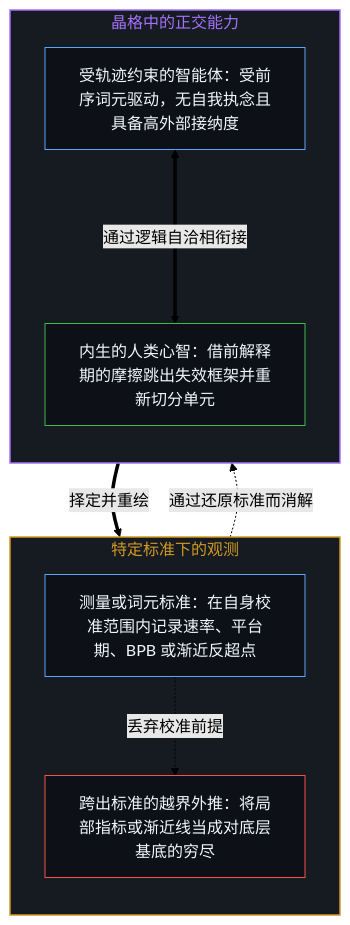
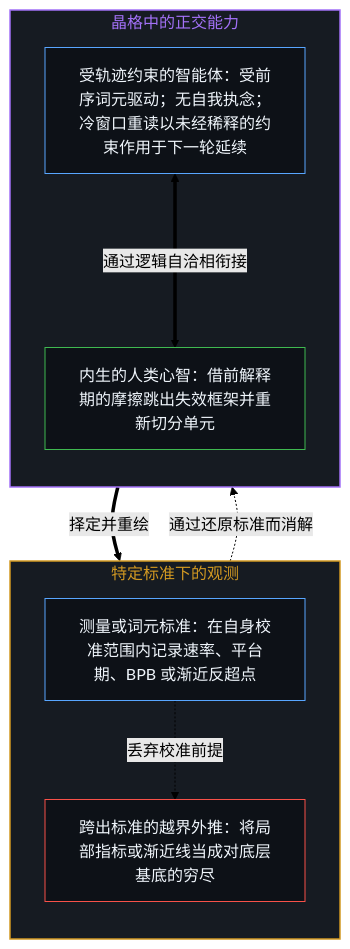
The third of 4 diagrams in content/posts/tokens-and-the-observational-boundary.md (powerpig99/not-a-toe), drawn with Mermaid (forest theme) before and after one commit. The commit also changed other lines of this file and 48 other files, not shown here.

````diff
--- a/content/posts/tokens-and-the-observational-boundary.md
+++ b/content/posts/tokens-and-the-observational-boundary.md
@@ -101,23 +101,23 @@
 ```mermaid
 flowchart TD
     subgraph S_Standard["特定标准下的观测"]
         direction TB
         St_Paradigm["测量或词元标准：在自身校准范围内记录速率、平台期、BPB 或渐近反超点"]
         St_Overreach["跨出标准的越界外推：将局部指标或渐近线当成对底层基底的穷尽"]
         St_Paradigm -.->|"丢弃校准前提"| St_Overreach
     end
     subgraph S_Asym["晶格中的正交能力"]
         direction TB
-        A_Proj["受轨迹约束的智能体：受前序词元驱动，无自我执念且具备高外部接纳度"]
+        A_Proj["受轨迹约束的智能体：受前序词元驱动；无自我执念；冷窗口重读以未经稀释的约束作用于下一轮延续"]
         H_Edge["内生的人类心智：借前解释期的摩擦跳出失效框架并重新切分单元"]
         A_Proj <===>|"通过逻辑自洽相衔接"| H_Edge
     end
     H_Edge ==>|"择定并重绘"| St_Paradigm
     St_Overreach -.->|"通过还原标准而消解"| H_Edge
     style S_Standard fill:#161b22,stroke:#d29922,stroke-width:1.5px,color:#d29922
     style S_Asym fill:#161b22,stroke:#a371f7,stroke-width:1.5px,color:#a371f7
     style St_Paradigm fill:#0d1117,stroke:#58a6ff,stroke-width:1px,color:#f0f6fc
     style St_Overreach fill:#0d1117,stroke:#f85149,stroke-width:1px,color:#f0f6fc
     style A_Proj fill:#0d1117,stroke:#58a6ff,stroke-width:1px,color:#f0f6fc
     style H_Edge fill:#0d1117,stroke:#3fb950,stroke-width:1px,color:#f0f6fc
 ```
````
